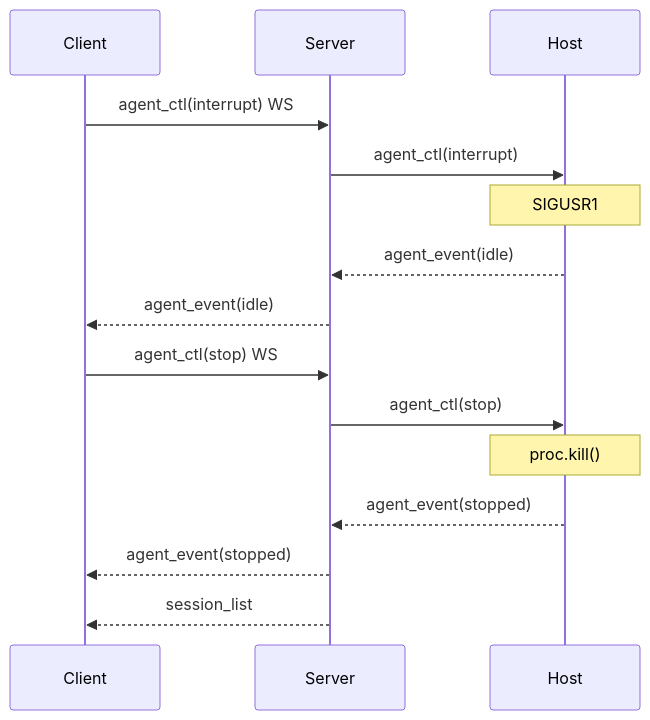
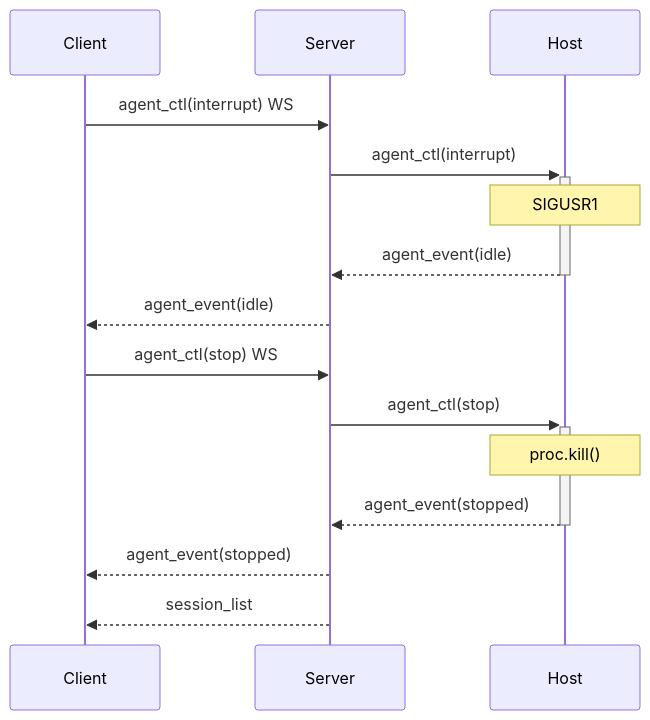
The fifth of 5 diagrams in protocol.spec.md (danlkv/codette), drawn with Mermaid before and after one commit. The commit also changed other lines of this file and 8 other files, not shown here.

First line of the commit message:
host echo, send pending state, mermaid fullscreen, tool open-file btn

````diff
--- a/protocol.spec.md
+++ b/protocol.spec.md
@@ -257,17 +273,17 @@
 ```mermaid
 sequenceDiagram
     participant C as Client
     participant S as Server
     participant H as Host
     C->>S: agent_ctl(interrupt) WS
-    S->>H: agent_ctl(interrupt)
+    S->>+H: agent_ctl(interrupt)
     Note over H: SIGUSR1
-    H-->>S: agent_event(idle)
+    H-->>-S: agent_event(idle)
     S-->>C: agent_event(idle)
     C->>S: agent_ctl(stop) WS
-    S->>H: agent_ctl(stop)
+    S->>+H: agent_ctl(stop)
     Note over H: proc.kill()
-    H-->>S: agent_event(stopped)
+    H-->>-S: agent_event(stopped)
     S-->>C: agent_event(stopped)
     S-->>C: session_list
 ```
````
